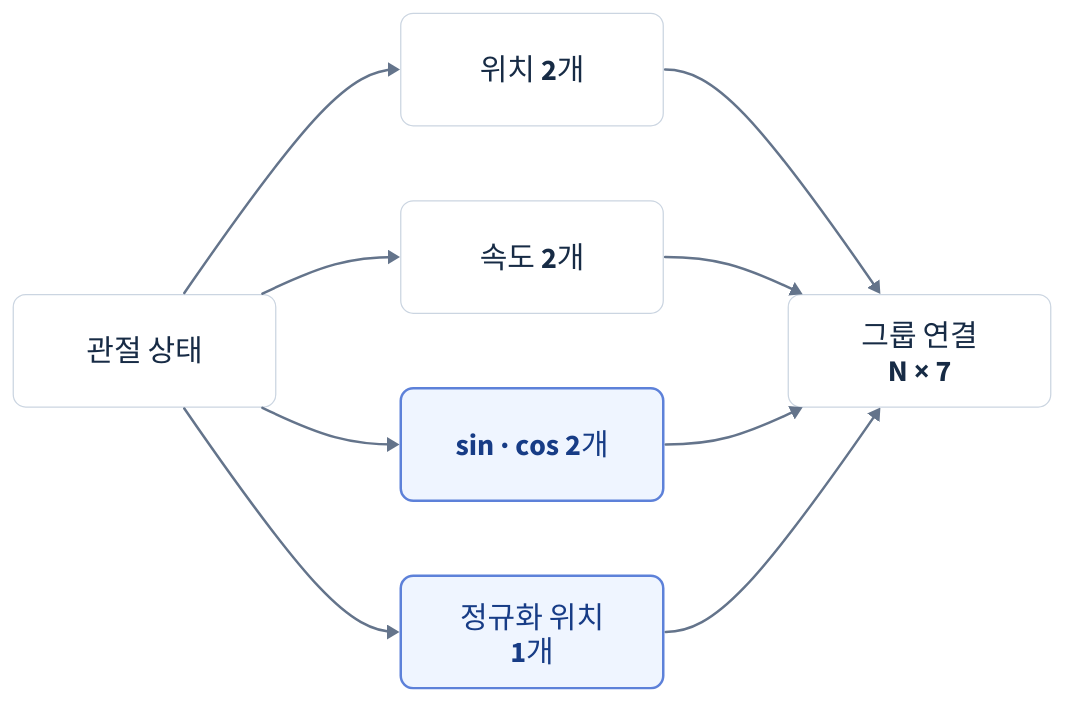
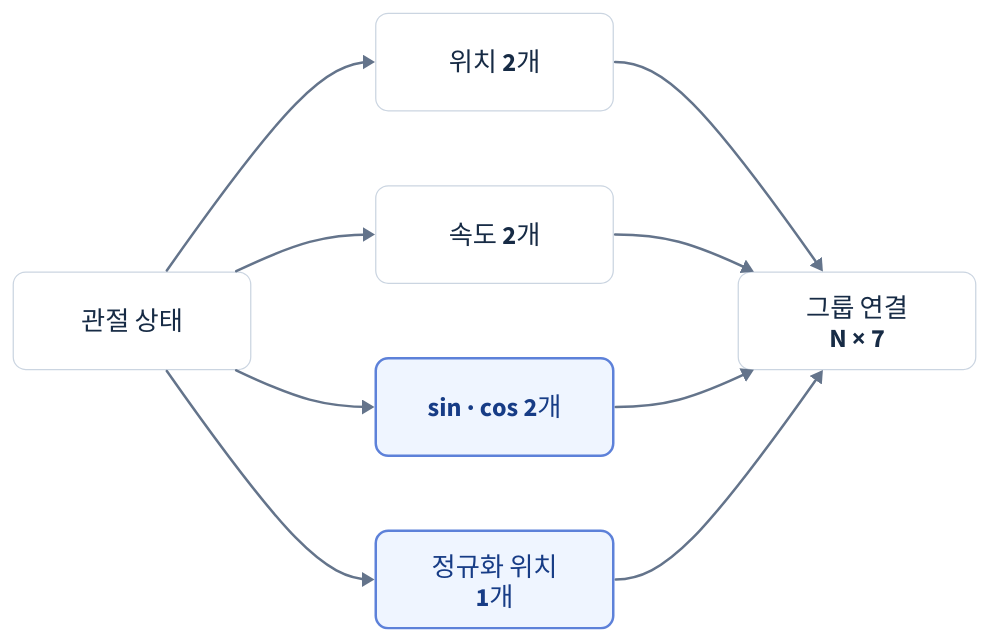
Before and after one commit to fortex66/physical-ai-training: the diagram in learning-notes/reinforcement-learning/diagrams/07-observation-schema.d2, drawn with D2. The commit also changed 44 other files, not shown here.

Commit message:
docs: add lesson 23 custom RL environment and reduce diagram sizing

```diff
--- a/learning-notes/reinforcement-learning/diagrams/07-observation-schema.d2
+++ b/learning-notes/reinforcement-learning/diagrams/07-observation-schema.d2
@@ -1,28 +1,28 @@
 direction: down
 classes: {
   box: {
-    width: 210
-    height: 90
-    style: {font-size: 24; font-color: "#172B45"; fill: "#FFFFFF"; stroke: "#CBD5E1"; stroke-width: 1; border-radius: 10}
+    width: 190
+    height: 78
+    style: {font-size: 21; font-color: "#172B45"; fill: "#FFFFFF"; stroke: "#CBD5E1"; stroke-width: 1; border-radius: 10}
   }
   focus: {
-    width: 210
-    height: 90
-    style: {font-size: 24; font-color: "#173C86"; fill: "#EFF5FF"; stroke: "#5D81D9"; stroke-width: 2; border-radius: 10}
+    width: 190
+    height: 78
+    style: {font-size: 21; font-color: "#173C86"; fill: "#EFF5FF"; stroke: "#5D81D9"; stroke-width: 2; border-radius: 10}
   }
 }
 *.class: box
-*.style.font-size: 24
+*.style.font-size: 21
 (* -> *)[*].style.stroke: "#64748B"
 (* -> *)[*].style.stroke-width: 2
 direction: right
 state: 관절 상태
 pos: 위치 2개
 vel: 속도 2개
 angle: sin · cos 2개 {class: focus}
 norm: "정규화 위치\n1개" {class: focus}
 out: "그룹 연결\nN × 7"
 state -> pos -> out
 state -> vel -> out
 state -> angle -> out
 state -> norm -> out
```
